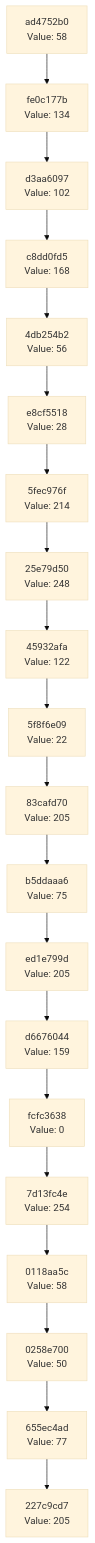
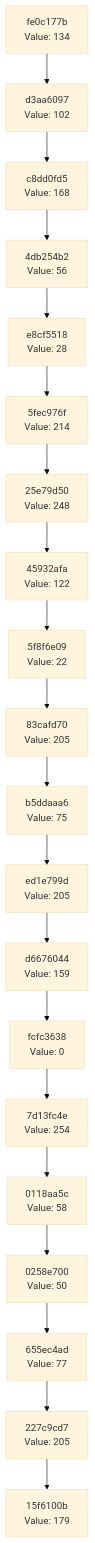
Before and after one commit to Abhisheksinha1506/hash-chain-evolver: the diagram in docs/CHAIN_VISUALIZATION.md, drawn with Mermaid (base theme). The commit also changed 2 other files, not shown here.

Commit message:
Evolution Step

````diff
--- a/docs/CHAIN_VISUALIZATION.md
+++ b/docs/CHAIN_VISUALIZATION.md
@@ -3,42 +3,42 @@
 ```mermaid
 graph TD
-    C0["227c9cd7<br/>Value: 205"]
-    C1["655ec4ad<br/>Value: 77"]
+    C0["15f6100b<br/>Value: 179"]
+    C1["227c9cd7<br/>Value: 205"]
     C1 --> C0
-    C2["0258e700<br/>Value: 50"]
+    C2["655ec4ad<br/>Value: 77"]
     C2 --> C1
-    C3["0118aa5c<br/>Value: 58"]
+    C3["0258e700<br/>Value: 50"]
     C3 --> C2
-    C4["7d13fc4e<br/>Value: 254"]
+    C4["0118aa5c<br/>Value: 58"]
     C4 --> C3
-    C5["fcfc3638<br/>Value: 0"]
+    C5["7d13fc4e<br/>Value: 254"]
     C5 --> C4
-    C6["d6676044<br/>Value: 159"]
+    C6["fcfc3638<br/>Value: 0"]
     C6 --> C5
-    C7["ed1e799d<br/>Value: 205"]
+    C7["d6676044<br/>Value: 159"]
     C7 --> C6
-    C8["b5ddaaa6<br/>Value: 75"]
+    C8["ed1e799d<br/>Value: 205"]
     C8 --> C7
-    C9["83cafd70<br/>Value: 205"]
+    C9["b5ddaaa6<br/>Value: 75"]
     C9 --> C8
-    C10["5f8f6e09<br/>Value: 22"]
+    C10["83cafd70<br/>Value: 205"]
     C10 --> C9
-    C11["45932afa<br/>Value: 122"]
+    C11["5f8f6e09<br/>Value: 22"]
     C11 --> C10
-    C12["25e79d50<br/>Value: 248"]
+    C12["45932afa<br/>Value: 122"]
     C12 --> C11
-    C13["5fec976f<br/>Value: 214"]
+    C13["25e79d50<br/>Value: 248"]
     C13 --> C12
-    C14["e8cf5518<br/>Value: 28"]
+    C14["5fec976f<br/>Value: 214"]
     C14 --> C13
-    C15["4db254b2<br/>Value: 56"]
+    C15["e8cf5518<br/>Value: 28"]
     C15 --> C14
-    C16["c8dd0fd5<br/>Value: 168"]
+    C16["4db254b2<br/>Value: 56"]
     C16 --> C15
-    C17["d3aa6097<br/>Value: 102"]
+    C17["c8dd0fd5<br/>Value: 168"]
     C17 --> C16
-    C18["fe0c177b<br/>Value: 134"]
+    C18["d3aa6097<br/>Value: 102"]
     C18 --> C17
-    C19["ad4752b0<br/>Value: 58"]
+    C19["fe0c177b<br/>Value: 134"]
     C19 --> C18
 ```
````
